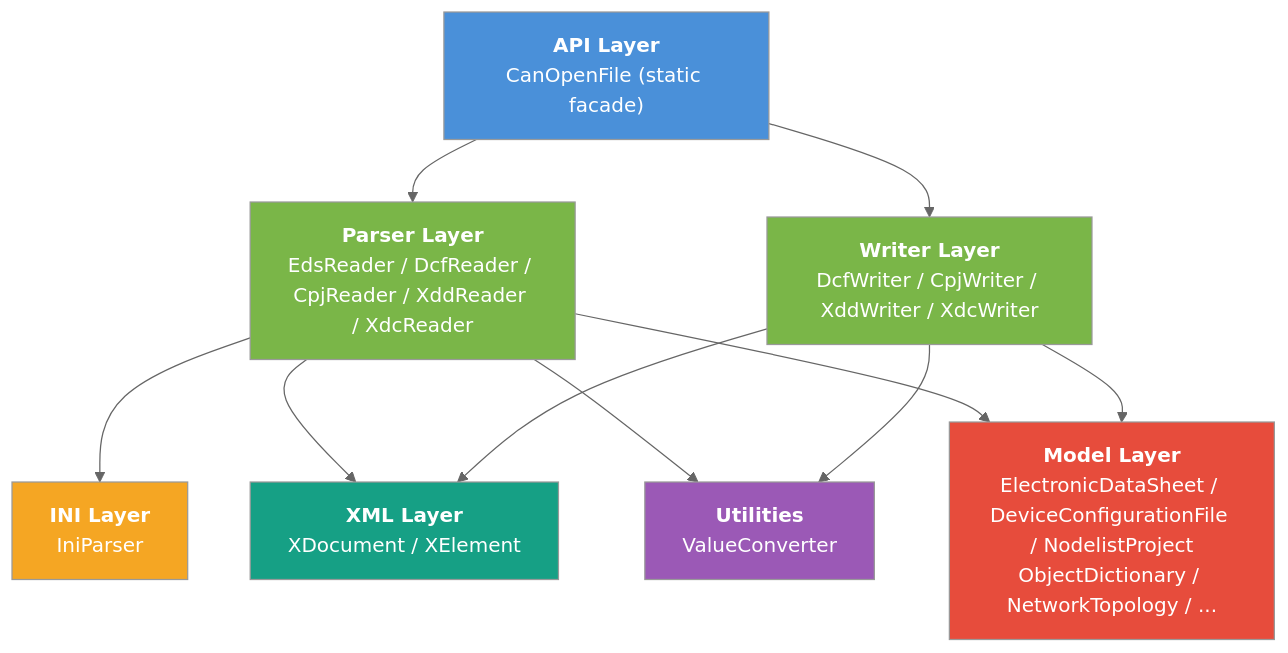
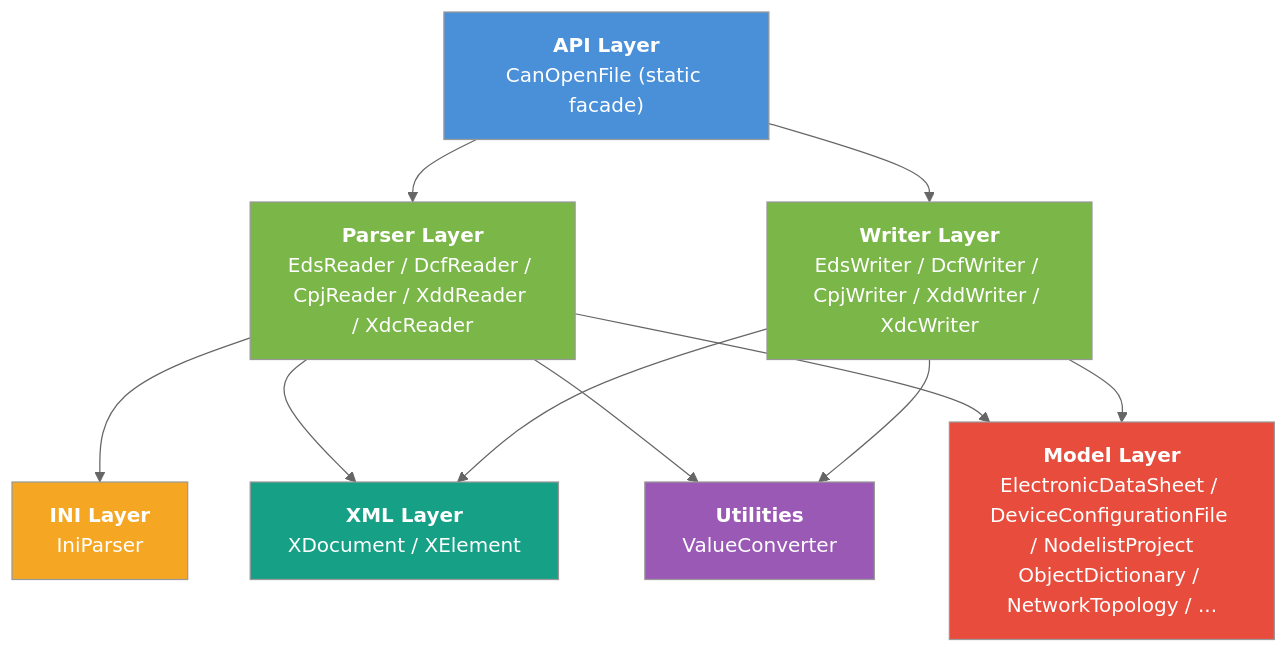
Before and after one commit to dborgards/eds-dcf-net: the diagram in docs/architecture/04-solution-strategy.md, drawn with Mermaid (neutral theme). The commit also changed other lines of this file and 18 other files, not shown here.

First line of the commit message:
feat: add EDS writer API with tests and docs (#78)

````diff
--- a/docs/architecture/04-solution-strategy.md
+++ b/docs/architecture/04-solution-strategy.md
@@ -20,22 +20,22 @@
 ```mermaid
 graph TD
     A["<b>API Layer</b><br/>CanOpenFile (static facade)"] --> B
     A --> D
     B["<b>Parser Layer</b><br/>EdsReader / DcfReader / CpjReader / XddReader / XdcReader"] --> C
     C["<b>INI Layer</b><br/>IniParser"]
     B --> G["<b>XML Layer</b><br/>XDocument / XElement"]
-    D["<b>Writer Layer</b><br/>DcfWriter / CpjWriter / XddWriter / XdcWriter"]
+    D["<b>Writer Layer</b><br/>EdsWriter / DcfWriter / CpjWriter / XddWriter / XdcWriter"]
     D --> G
     B --> E["<b>Utilities</b><br/>ValueConverter"]
     D --> E
     B --> F["<b>Model Layer</b><br/>ElectronicDataSheet / DeviceConfigurationFile / NodelistProject<br/>ObjectDictionary / NetworkTopology / ..."]
     D --> F
 
     style A fill:#4A90D9,color:#fff
     style B fill:#7AB648,color:#fff
     style C fill:#F5A623,color:#fff
     style D fill:#7AB648,color:#fff
     style E fill:#9B59B6,color:#fff
     style F fill:#E74C3C,color:#fff
     style G fill:#16A085,color:#fff
 ```
````
